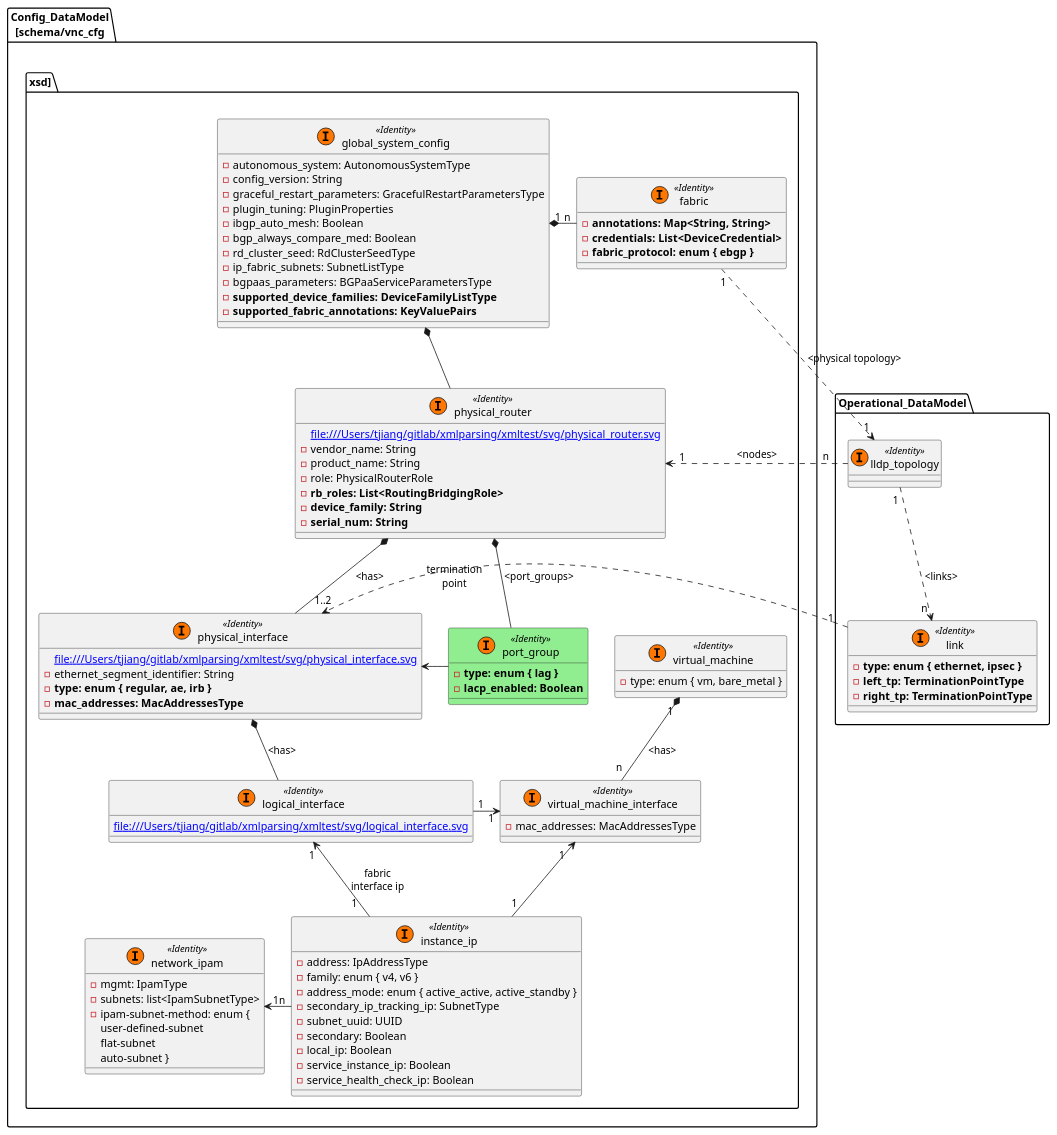
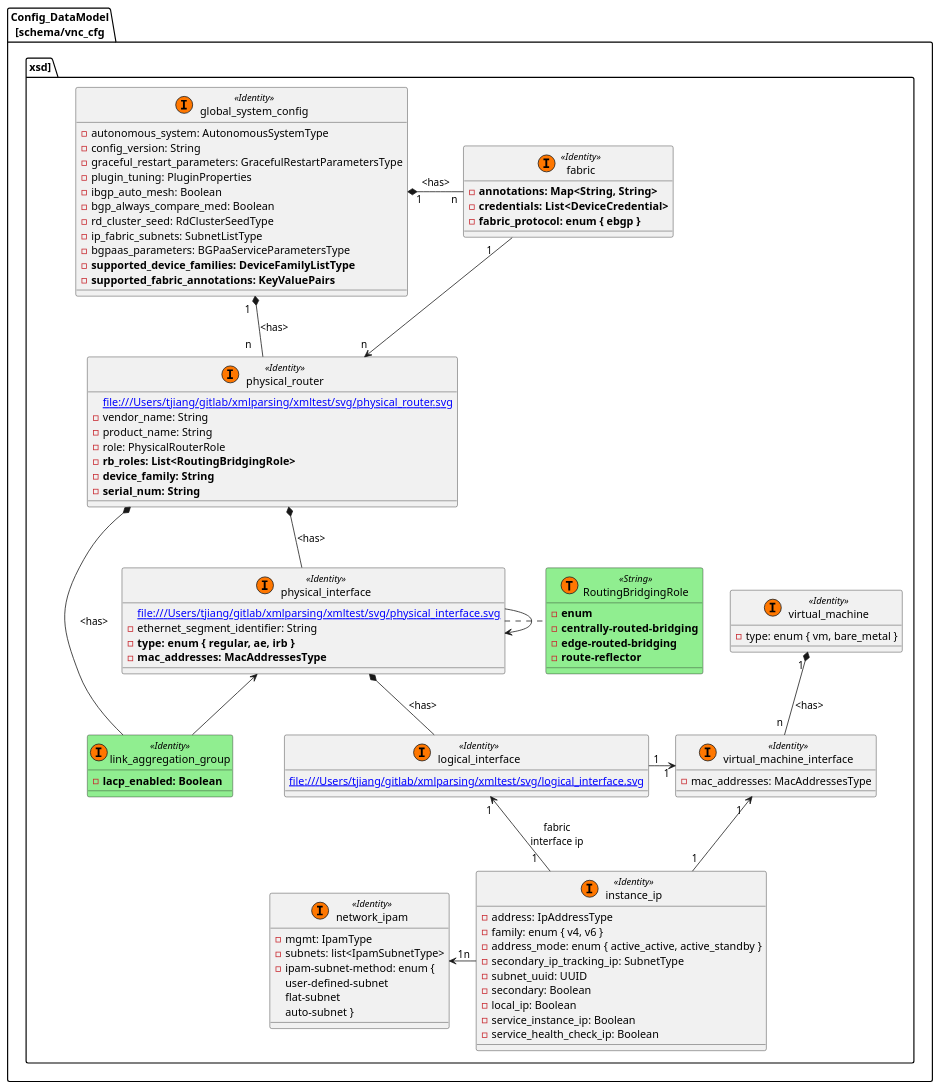
The diagram in 5.0.1-data-model/device.puml (jnpr-tjiang/cfm-data-model), drawn with PlantUML before and after one commit.

Commit message:
Updated with review comments

```diff
--- a/5.0.1-data-model/device.puml
+++ b/5.0.1-data-model/device.puml
@@ -1,114 +1,105 @@
 @startuml
 package Config_DataModel\n[schema/vnc_cfg.xsd] {
 
     class global_system_config << (I, #FF7700) Identity>> {
         - autonomous_system: AutonomousSystemType
         - config_version: String
         - graceful_restart_parameters: GracefulRestartParametersType
         - plugin_tuning: PluginProperties
         - ibgp_auto_mesh: Boolean
         - bgp_always_compare_med: Boolean
         - rd_cluster_seed: RdClusterSeedType
         - ip_fabric_subnets: SubnetListType
         - bgpaas_parameters: BGPaaServiceParametersType
         - <b>supported_device_families: DeviceFamilyListType</b>
         - <b>supported_fabric_annotations: KeyValuePairs</b>
     }
 
     class physical_router << (I, #FF7700) Identity>> {
         [[file:///Users/tjiang/gitlab/xmlparsing/xmltest/svg/physical_router.svg]]
         - vendor_name: String
         - product_name: String
         - role: PhysicalRouterRole
         - <b>rb_roles: List<RoutingBridgingRole>
         - <b>device_family: String</b>
         - <b>serial_num: String</b>
     }
 
     class physical_interface << (I, #FF7700) Identity>> {
         [[file:///Users/tjiang/gitlab/xmlparsing/xmltest/svg/physical_interface.svg]]
         - ethernet_segment_identifier: String
         - <b>type: enum { regular, ae, irb }
         - <b>mac_addresses: MacAddressesType</b>
     }
 
     class logical_interface << (I, #FF7700) Identity>> {
         [[file:///Users/tjiang/gitlab/xmlparsing/xmltest/svg/logical_interface.svg]]
     }
 
-    class port_group << (I, #FF7700) Identity>> #lightgreen {
-        - <b>type: enum { lag }
+    class link_aggregation_group << (I, #FF7700) Identity>> #lightgreen {
         - <b>lacp_enabled: Boolean</b>
     }
 
 
     class virtual_machine_interface << (I, #FF7700) Identity>> {
         - mac_addresses: MacAddressesType
     }
 
     class virtual_machine << (I, #FF7700) Identity>> {
         - type: enum { vm, bare_metal }
     }
 
     class fabric << (I, #FF7700) Identity>> {
         - <b>annotations: Map<String, String>
         - <b>credentials: List<DeviceCredential>
         - <b>fabric_protocol: enum { ebgp }
     }
 
     class instance_ip << (I, #FF7700) Identity>> {
         - address: IpAddressType
         - family: enum { v4, v6 }
         - address_mode: enum { active_active, active_standby }
         - secondary_ip_tracking_ip: SubnetType
         - subnet_uuid: UUID
         - secondary: Boolean
         - local_ip: Boolean
         - service_instance_ip: Boolean
         - service_health_check_ip: Boolean
     }
 
     class network_ipam << (I, #FF7700) Identity>> {
         - mgmt: IpamType
         - subnets: list<IpamSubnetType>
         - ipam-subnet-method: enum {
             user-defined-subnet
             flat-subnet
             auto-subnet }
     }
-}
 
-package Operational_DataModel {
-    class lldp_topology << (I, #FF7700) Identity>> {
-    }
-
-    class link << (I, #FF7700) Identity>> {
-        - <b>type: enum { ethernet, ipsec }
-        - <b>left_tp: TerminationPointType
-        - <b>right_tp: TerminationPointType
+    class RoutingBridgingRole << (T, #FF7700) String>> #lightgreen {
+        - <b>enum
+          - <b>centrally-routed-bridging
+          - <b>edge-routed-bridging
+          - <b>route-reflector
     }
 }
 
-global_system_config *-- physical_router
-global_system_config "1" *- "n" fabric
+global_system_config " 1   " *- "   n" fabric: <has>
+global_system_config "1  " *-- "n    " physical_router: <has>
+fabric "1     " --> "n  " physical_router
 
-fabric "1" ..> " 1" lldp_topology: <physical topology>
-lldp_topology "n     " .> "   1" physical_router: <nodes>
-lldp_topology "1 " ..> "n " link: <links>
+physical_router *- link_aggregation_group: <has>
 physical_router *-- physical_interface: <has>
 
-physical_router *-- port_group: <port_groups>
-port_group -> physical_interface
+physical_interface <-- link_aggregation_group
+physical_interface -> physical_interface
+physical_interface *-- logical_interface: <has>
+physical_interface . RoutingBridgingRole
 
-link "1   " .> " 1..2" physical_interface: "termination\npoint"
-
-physical_interface *-- logical_interface: <has>
-
+virtual_machine "1 " *-- "n "virtual_machine_interface: <has>
 logical_interface "1    " -> "    1" virtual_machine_interface
-'link "1 " ..> "1 " virtual_machine_interface: termination\npoint
-virtual_machine "1 " *-- "n "virtual_machine_interface: <has>
 logical_interface "1 " <-- "1   " instance_ip: fabric\ninterface ip
 virtual_machine_interface "1  " <-- "1" instance_ip
 network_ipam " 1" <- "n"instance_ip
 
 @enduml
```
